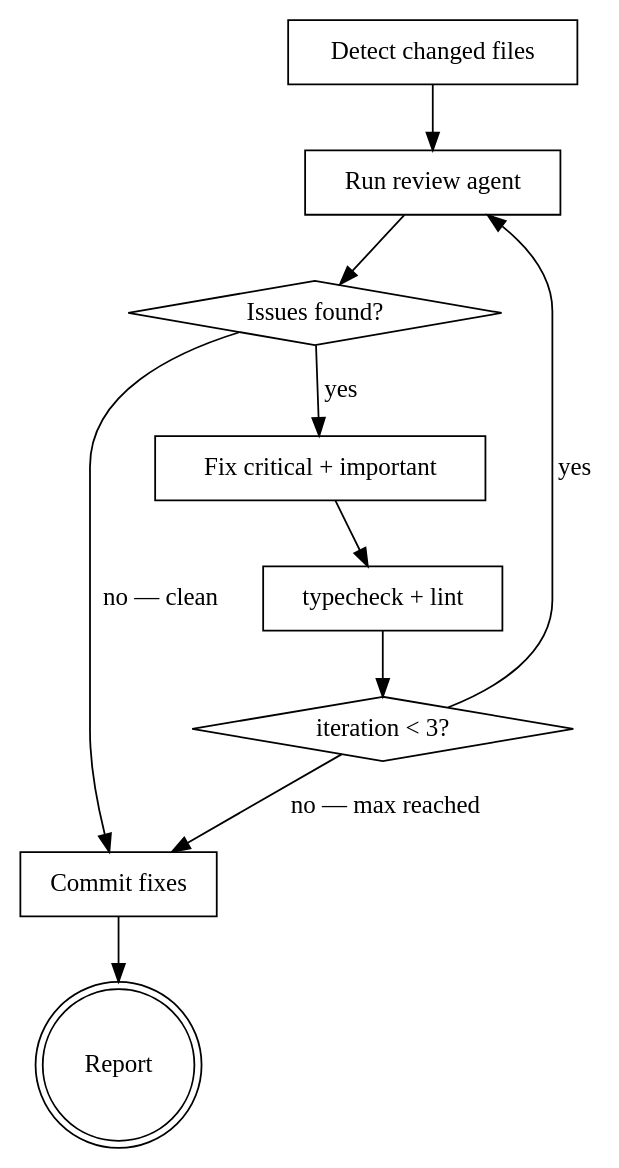
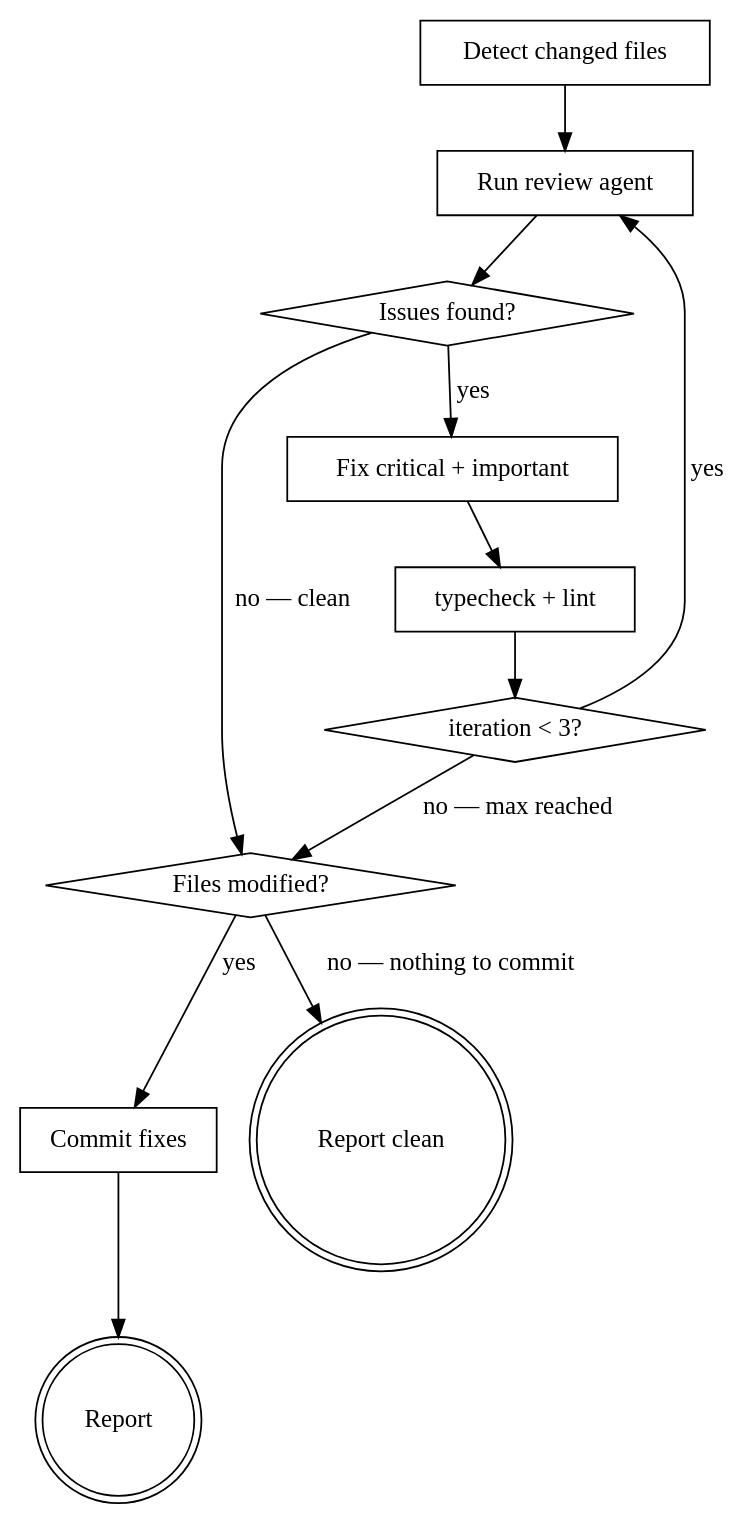
The diagram in .claude/skills/sdk-review/SKILL.md (UiPath/uipath-typescript), drawn with Graphviz before and after one commit. The commit also changed other lines of this file, not shown here.

First line of the commit message:
fix(sdk-review): skip commit when review is clean

````diff
--- a/.claude/skills/sdk-review/SKILL.md
+++ b/.claude/skills/sdk-review/SKILL.md
@@ -26,22 +26,26 @@
 ```dot
 digraph review_loop {
     "Detect changed files" [shape=box];
     "Run review agent" [shape=box];
     "Issues found?" [shape=diamond];
     "Fix critical + important" [shape=box];
     "typecheck + lint" [shape=box];
     "iteration < 3?" [shape=diamond];
+    "Files modified?" [shape=diamond];
     "Commit fixes" [shape=box];
+    "Report clean" [shape=doublecircle];
     "Report" [shape=doublecircle];
 
     "Detect changed files" -> "Run review agent";
     "Run review agent" -> "Issues found?";
-    "Issues found?" -> "Commit fixes" [label="no — clean"];
+    "Issues found?" -> "Files modified?" [label="no — clean"];
     "Issues found?" -> "Fix critical + important" [label="yes"];
     "Fix critical + important" -> "typecheck + lint";
     "typecheck + lint" -> "iteration < 3?";
     "iteration < 3?" -> "Run review agent" [label="yes"];
-    "iteration < 3?" -> "Commit fixes" [label="no — max reached"];
+    "iteration < 3?" -> "Files modified?" [label="no — max reached"];
+    "Files modified?" -> "Commit fixes" [label="yes"];
+    "Files modified?" -> "Report clean" [label="no — nothing to commit"];
     "Commit fixes" -> "Report";
 }
 ```
````
